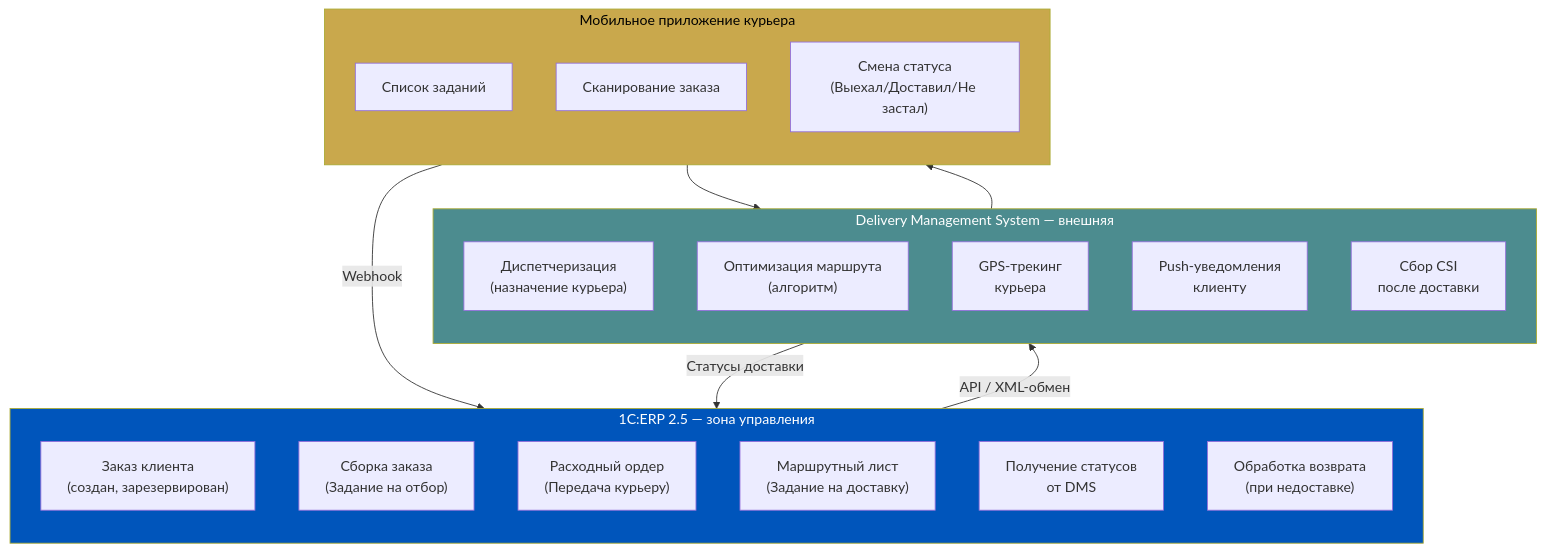
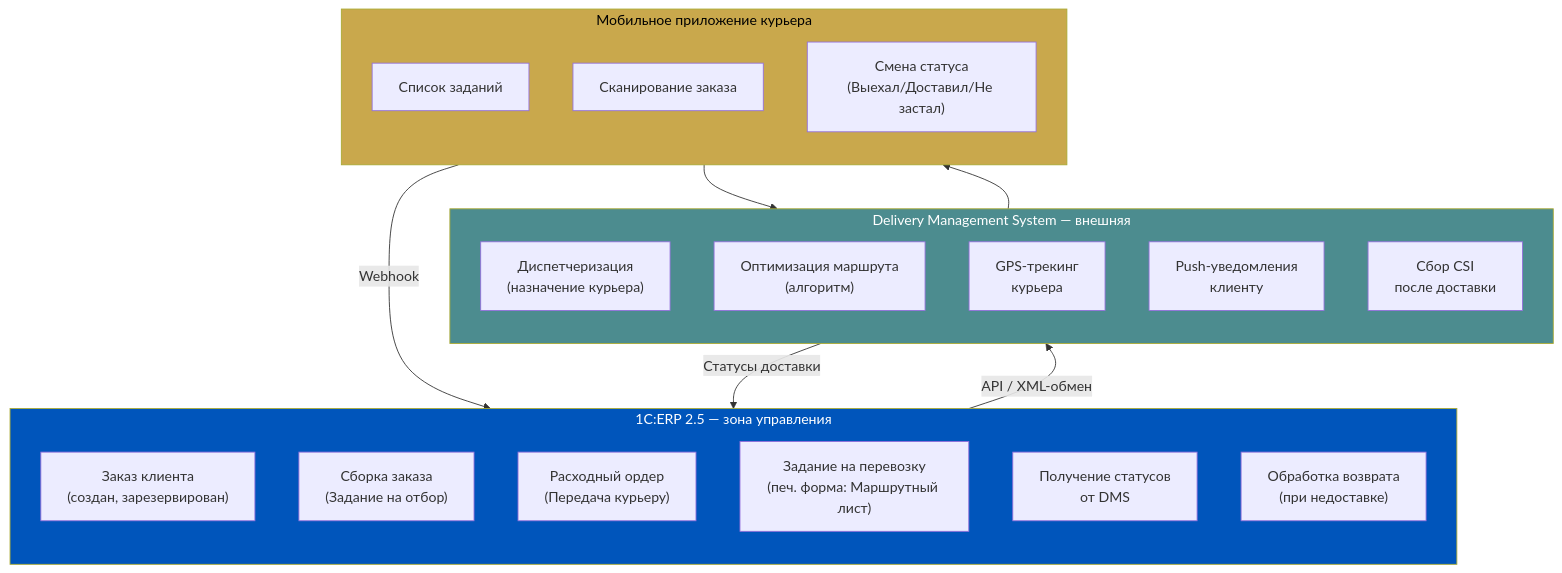
The first of 7 diagrams in content/1c_erp_qcom/week_7/Неделя 7 - День 2 - Интеграция курьерской доставки.md (murad1986/edu-site), drawn with Mermaid before and after one commit. The commit also changed other lines of this file and 43 other files, not shown here.

````diff
--- a/content/1c_erp_qcom/week_7/Неделя 7 - День 2 - Интеграция курьерской доставки.md
+++ b/content/1c_erp_qcom/week_7/Неделя 7 - День 2 - Интеграция курьерской доставки.md
@@ -56,38 +56,38 @@
 ```mermaid
 flowchart TB
     subgraph ERP["1C:ERP 2.5 — зона управления"]
         direction TB
         Order["Заказ клиента\n(создан, зарезервирован)"]
         Pick["Сборка заказа\n(Задание на отбор)"]
         RO["Расходный ордер\n(Передача курьеру)"]
-        ML["Маршрутный лист\n(Задание на доставку)"]
+        ML["Задание на перевозку\n(печ. форма: Маршрутный лист)"]
         Status["Получение статусов\nот DMS"]
         Return["Обработка возврата\n(при недоставке)"]
     end
 
     subgraph DMS["Delivery Management System — внешняя"]
         direction TB
         Dispatch["Диспетчеризация\n(назначение курьера)"]
         Route["Оптимизация маршрута\n(алгоритм)"]
         Track["GPS-трекинг\nкурьера"]
         Push["Push-уведомления\nклиенту"]
         CSI["Сбор CSI\nпосле доставки"]
     end
 
     subgraph App["Мобильное приложение курьера"]
         direction TB
         AppTask["Список заданий"]
         AppScan["Сканирование заказа"]
         AppStatus["Смена статуса\n(Выехал/Доставил/Не застал)"]
     end
 
     style ERP fill:#0055BB,color:#fff
     style DMS fill:#4C8C8F,color:#fff
     style App fill:#C9A84C,color:#000
 
     ML -->|"API / XML-обмен"| DMS
     DMS -->|"Статусы доставки"| Status
     Dispatch --> App
     App --> Track
     AppStatus -->|"Webhook"| Status
 ```
````
